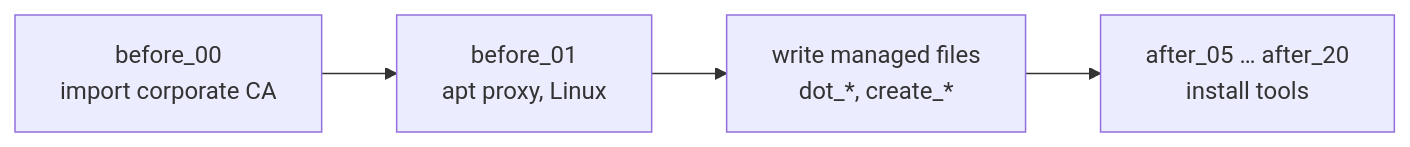
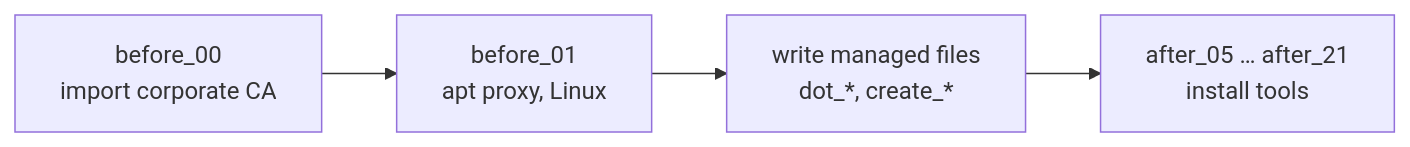
The fourth of 11 diagrams in ARCHITECTURE.md (jvspeed74/dotfiles), drawn with Mermaid before and after one commit. The commit also changed other lines of this file and 3 other files, not shown here.

````diff
--- a/ARCHITECTURE.md
+++ b/ARCHITECTURE.md
@@ -144,6 +144,6 @@
 ```mermaid
 flowchart LR
     B0["before_00<br/>import corporate CA"] --> B1["before_01<br/>apt proxy, Linux"]
     B1 --> F["write managed files<br/>dot_*, create_*"]
-    F --> A["after_05 … after_20<br/>install tools"]
+    F --> A["after_05 … after_21<br/>install tools"]
 ```
````
